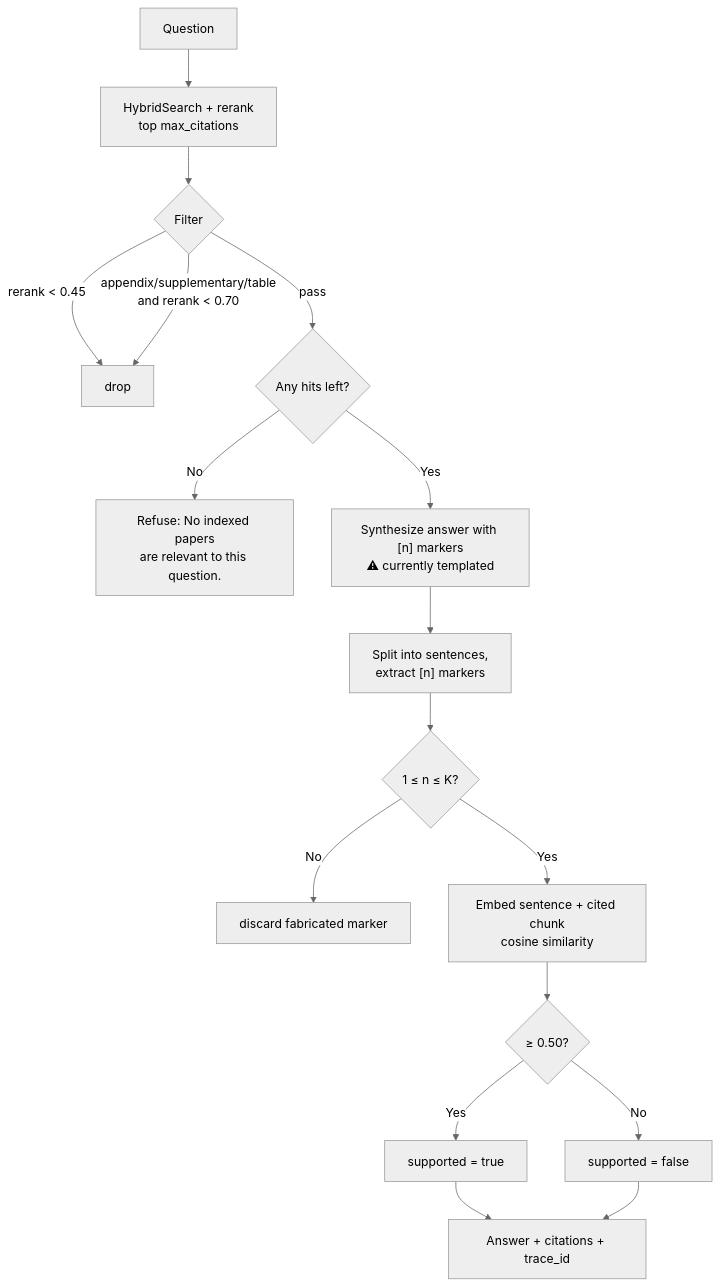
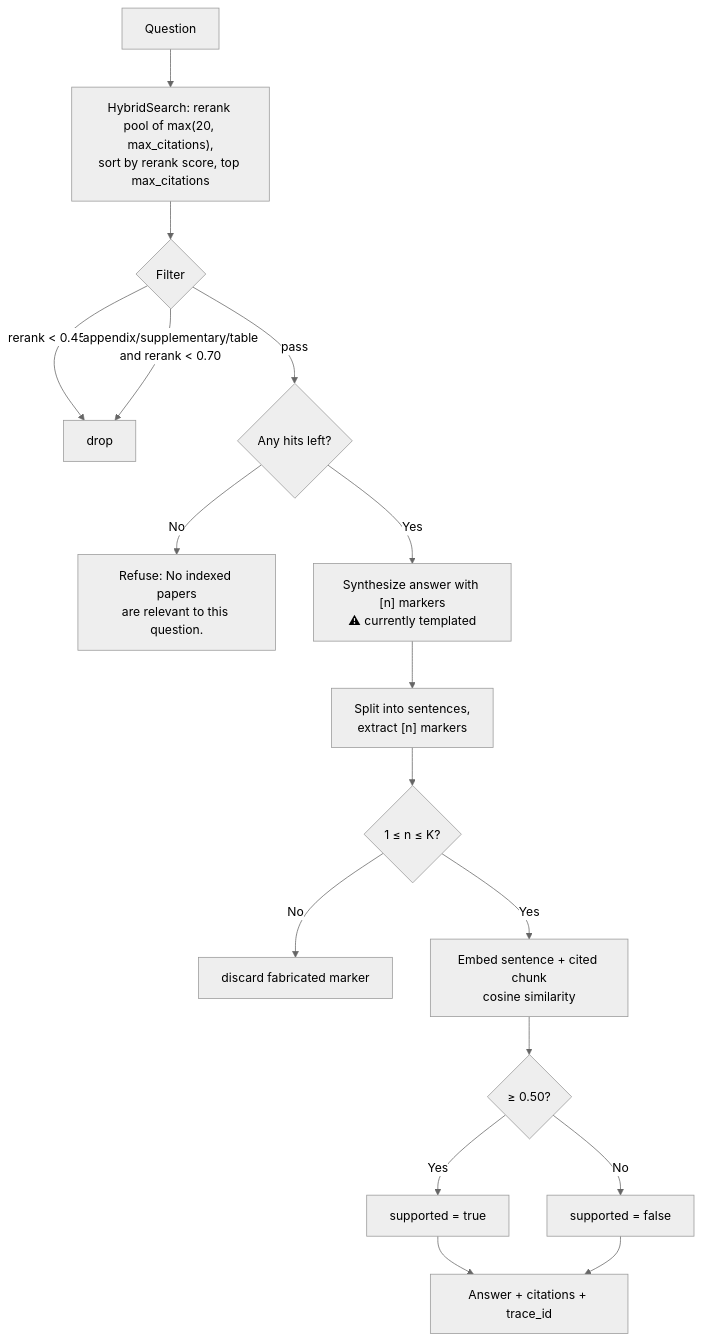
One commit to MaheshPulivarthi18/arxivlens-agents changed the fifth of 6 diagrams in docs/PRD-Technical.md. Above: the diagram before and after it, drawn with Mermaid (neutral theme). The commit also changed other lines of this file, not shown here.

First line of the commit message:
docs: Technical PRD §7.1/§7.2 show the ADR-0010 rerank pool and sort (RET-1 AC7)

````diff
--- a/docs/PRD-Technical.md
+++ b/docs/PRD-Technical.md
@@ -265,19 +270,19 @@
 ```mermaid
 flowchart TD
-    A[Question] --> B["HybridSearch + rerank<br/>top max_citations"]
+    A[Question] --> B["HybridSearch: rerank pool of max(20, max_citations),<br/>sort by rerank score, top max_citations"]
     B --> C{Filter}
     C -->|"rerank &lt; 0.45"| X[drop]
     C -->|"appendix/supplementary/table<br/>and rerank &lt; 0.70"| X
     C -->|pass| D{Any hits left?}
     D -- No --> R["Refuse: No indexed papers<br/>are relevant to this question."]
     D -- Yes --> E["Synthesize answer with #91;n#93; markers<br/>⚠ currently templated"]
     E --> F["Split into sentences,<br/>extract #91;n#93; markers"]
     F --> G{"1 ≤ n ≤ K?"}
     G -- No --> X2[discard fabricated marker]
     G -- Yes --> H[Embed sentence + cited chunk<br/>cosine similarity]
     H --> I{"≥ 0.50?"}
     I -- Yes --> S[supported = true]
     I -- No --> U[supported = false]
     S --> O[Answer + citations + trace_id]
     U --> O
 ```
````
